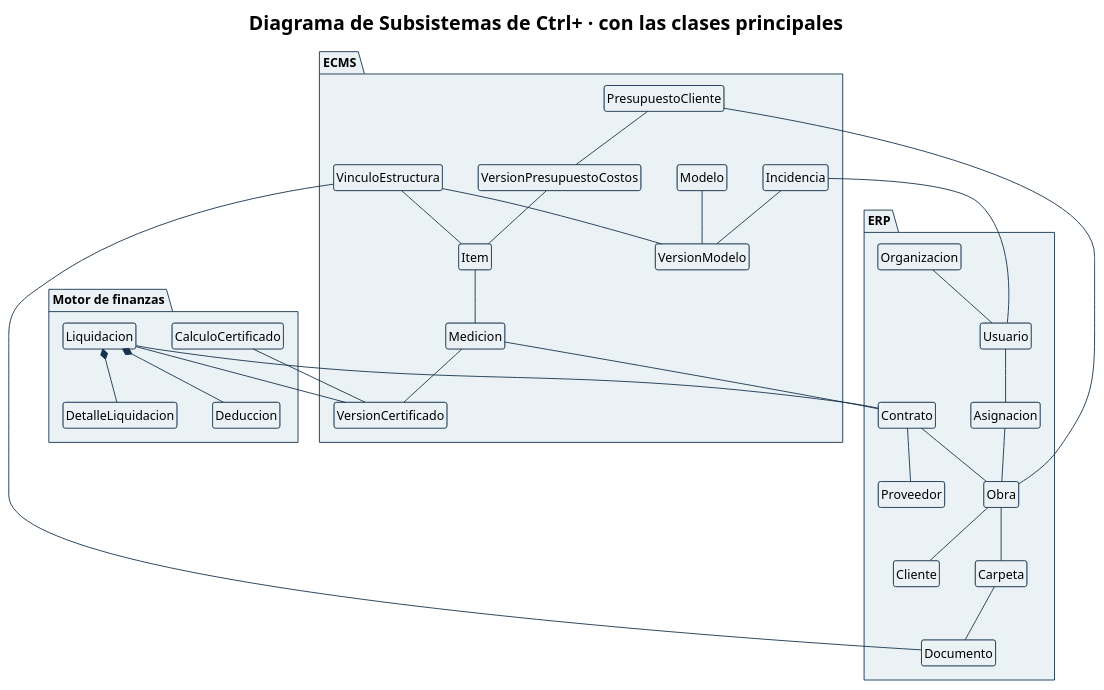
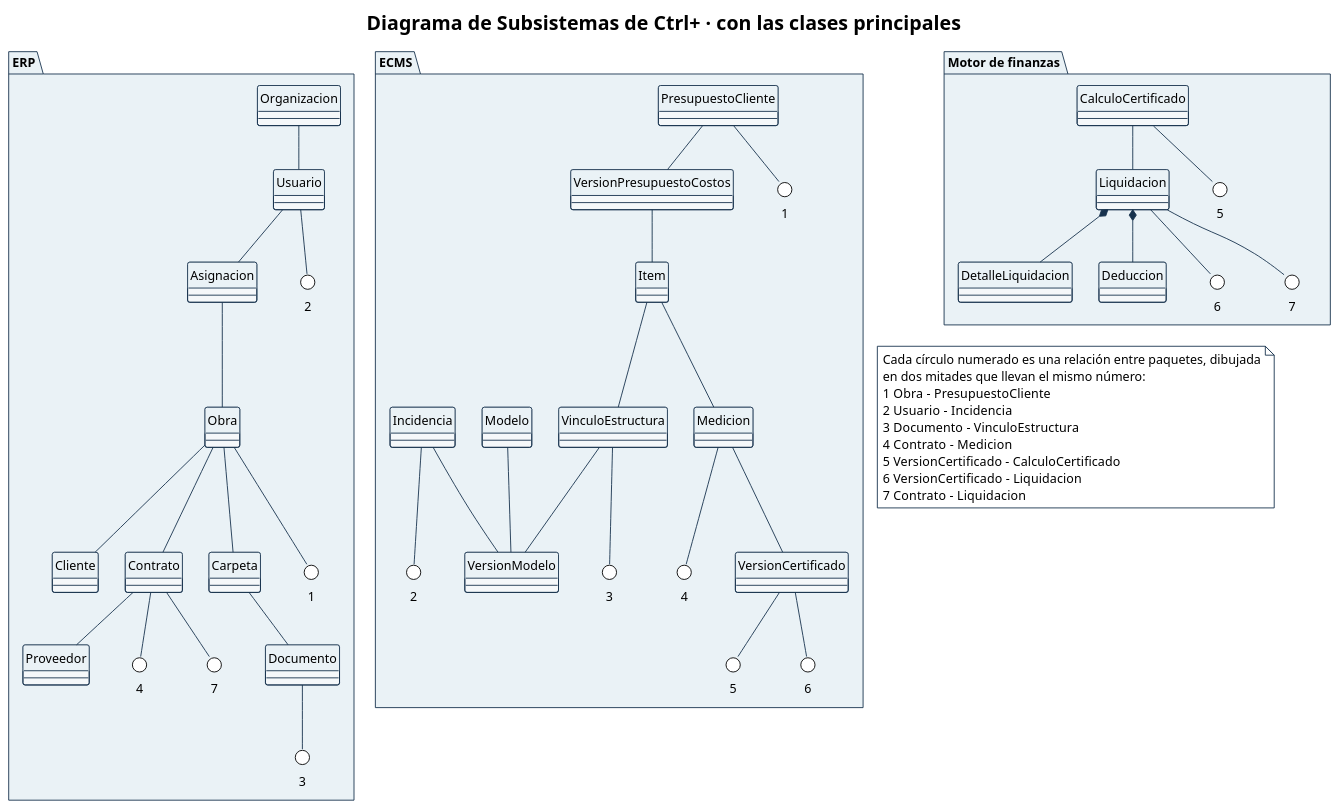
Before and after one commit to Ssrrb/tpf-uca: the diagram in diagramas/CU-00-paquetes-2-clases.puml, drawn with PlantUML.

Commit message:
TPC 07: clases por paquete con conectores numerados, sin líneas que crucen el diagrama
Claude-Session: https://claude.ai/code/session_01SsyG3wUJjJavC4bKm9ePMa

```diff
--- a/diagramas/CU-00-paquetes-2-clases.puml
+++ b/diagramas/CU-00-paquetes-2-clases.puml
@@ -1,109 +1,151 @@
 @startuml
 !theme plain
 skinparam style strictuml
 skinparam shadowing false
 skinparam defaultFontName Arial
 skinparam defaultFontSize 14
 skinparam ArrowColor #17324D
 skinparam activity {
   StartColor #17324D
   EndColor #17324D
   BarColor #17324D
   BackgroundColor #F5F8FA
   BorderColor #17324D
   DiamondBackgroundColor #EAF2F6
   DiamondBorderColor #17324D
 }
 skinparam swimlane {
   BorderColor #17324D
   TitleBackgroundColor #EAF2F6
 }
 skinparam state {
   StartColor #17324D
   EndColor #17324D
   BackgroundColor #F5F8FA
   BorderColor #17324D
 }
 skinparam package {
   BackgroundColor #EAF2F6
   BorderColor #17324D
 }
 skinparam note {
   BackgroundColor #FFFFFF
   BorderColor #17324D
 }
 title Diagrama de Subsistemas de Ctrl+ · con las clases principales
-hide circle
-hide members
-hide empty methods
-hide empty fields
 skinparam classAttributeIconSize 0
-skinparam nodesep 40
-skinparam ranksep 60
+skinparam nodesep 30
+skinparam ranksep 40
 skinparam class {
   BackgroundColor #F5F8FA
   BorderColor #17324D
   HeaderBackgroundColor #EAF2F6
 }
+skinparam circle {
+  BackgroundColor #FFFFFF
+  BorderColor #17324D
+}
+show empty fields
+show empty methods
+
+' Cada relación que cruza de un paquete a otro se dibuja en dos mitades
+' unidas por el mismo número, para que ninguna línea atraviese el diagrama.
 
 package "ERP" as erp {
   class Organizacion
   class Usuario
   class Asignacion
   class Obra
   class Cliente
   class Proveedor
   class Contrato
   class Carpeta
   class Documento
+  circle "1" as e1
+  circle "2" as e2
+  circle "3" as e3
+  circle "4" as e4
+  circle "7" as e7
 }
 
 package "ECMS" as ecms {
   class PresupuestoCliente
   class VersionPresupuestoCostos
   class Item
   class Medicion
   class VersionCertificado
   class Modelo
   class VersionModelo
   class VinculoEstructura
   class Incidencia
+  circle "1" as s1
+  circle "2" as s2
+  circle "3" as s3
+  circle "4" as s4
+  circle "5" as s5
+  circle "6" as s6
 }
 
 package "Motor de finanzas" as mf {
   class CalculoCertificado
   class Liquidacion
   class DetalleLiquidacion
   class Deduccion
+  circle "5" as m5
+  circle "6" as m6
+  circle "7" as m7
 }
 
 Organizacion -- Usuario
 Usuario -- Asignacion
 Asignacion -- Obra
 Obra -- Cliente
-Contrato -- Proveedor
-Contrato -- Obra
 Obra -- Carpeta
 Carpeta -- Documento
+Obra -- Contrato
+Contrato -- Proveedor
 
 PresupuestoCliente -- VersionPresupuestoCostos
 VersionPresupuestoCostos -- Item
 Item -- Medicion
 Medicion -- VersionCertificado
+Item -- VinculoEstructura
+VinculoEstructura -- VersionModelo
 Modelo -- VersionModelo
-VinculoEstructura -- Item
-VinculoEstructura -- VersionModelo
 Incidencia -- VersionModelo
 
-PresupuestoCliente -- Obra
-Incidencia -- Usuario
-VinculoEstructura -- Documento
-Medicion -- Contrato
-
-CalculoCertificado -- VersionCertificado
-Liquidacion -- VersionCertificado
-Liquidacion -- Contrato
 Liquidacion *-- DetalleLiquidacion
 Liquidacion *-- Deduccion
+CalculoCertificado -- Liquidacion
+
+Obra -- e1
+Usuario -- e2
+Documento -- e3
+Contrato -- e4
+Contrato -- e7
+PresupuestoCliente -- s1
+Incidencia -- s2
+VinculoEstructura -- s3
+Medicion -- s4
+VersionCertificado -- s5
+VersionCertificado -- s6
+CalculoCertificado -- m5
+Liquidacion -- m6
+Liquidacion -- m7
+
+note as Leyenda
+  Cada círculo numerado es una relación entre paquetes, dibujada
+  en dos mitades que llevan el mismo número:
+  1  Obra – PresupuestoCliente
+  2  Usuario – Incidencia
+  3  Documento – VinculoEstructura
+  4  Contrato – Medicion
+  5  VersionCertificado – CalculoCertificado
+  6  VersionCertificado – Liquidacion
+  7  Contrato – Liquidacion
+end note
+Organizacion -[hidden]right- PresupuestoCliente
+PresupuestoCliente -[hidden]right- CalculoCertificado
+DetalleLiquidacion -[hidden]down- Leyenda
 
 @enduml
```
